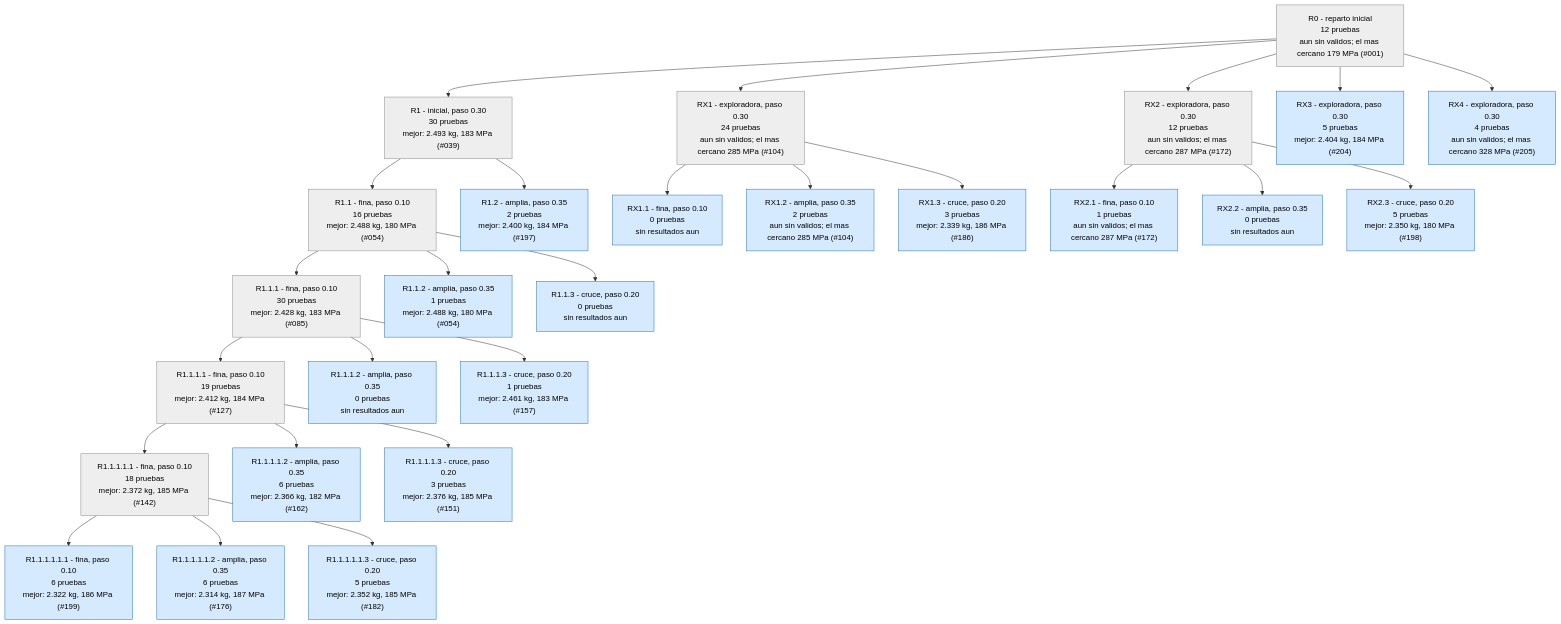
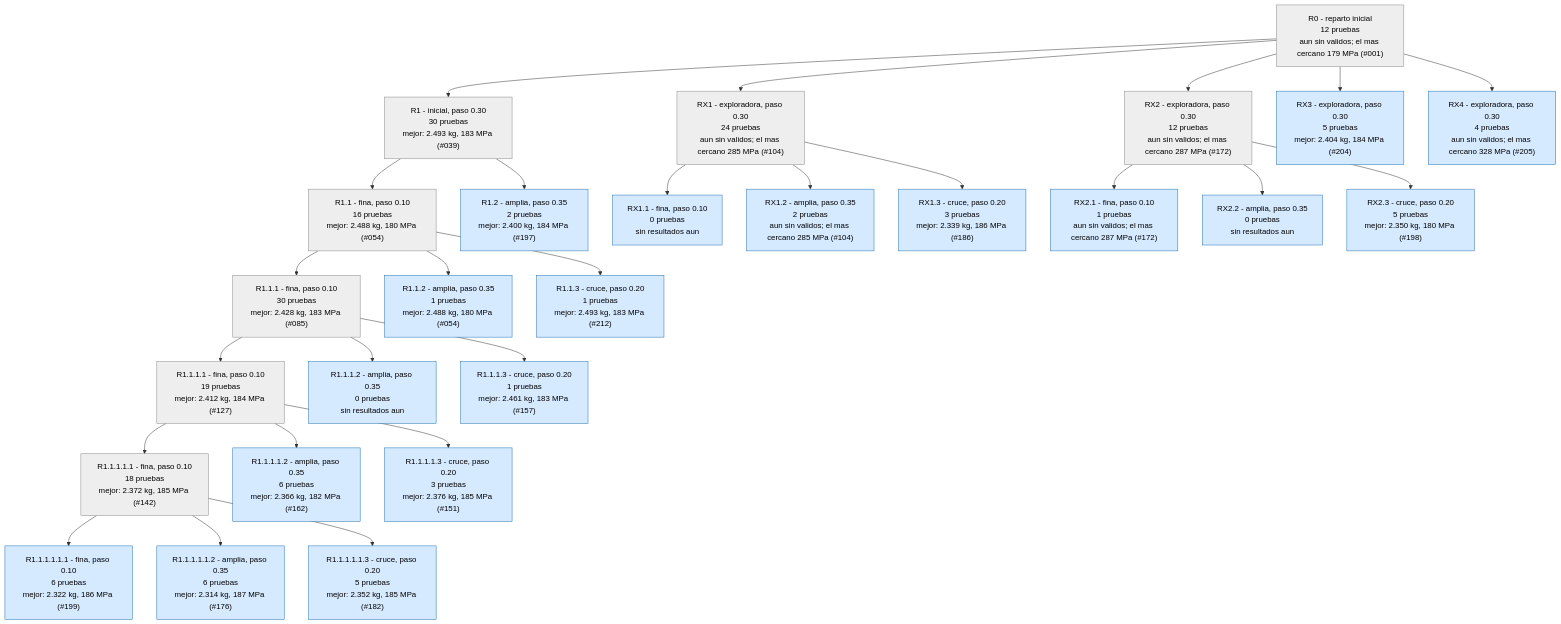
One commit to Hugiko/msd-soporte-optimizacion changed the second of 4 diagrams in runs/opt_37800N/ARBOL.md. Above: the diagram before and after it, drawn with Mermaid. The commit also changed 22 other files, not shown here.

````diff
--- a/runs/opt_37800N/ARBOL.md
+++ b/runs/opt_37800N/ARBOL.md
@@ -49,57 +49,57 @@
 ```mermaid
 graph TD
 classDef activa fill:#d6eaff,stroke:#1f6fb5,color:#000
 classDef fin fill:#eeeeee,stroke:#888,color:#000
 classDef mejor fill:#c8f0c0,stroke:#1a9850,stroke-width:4px,color:#000
 R0["R0 - reparto inicial<br/>12 pruebas<br/>aun sin validos; el mas cercano 179 MPa (#001)"]:::fin
 R1["R1 - inicial, paso 0.30<br/>30 pruebas<br/>mejor: 2.493 kg, 183 MPa (#039)"]:::fin
 R0 --> R1
 R1_1["R1.1 - fina, paso 0.10<br/>16 pruebas<br/>mejor: 2.488 kg, 180 MPa (#054)"]:::fin
 R1 --> R1_1
 R1_2["R1.2 - amplia, paso 0.35<br/>2 pruebas<br/>mejor: 2.400 kg, 184 MPa (#197)"]:::activa
 R1 --> R1_2
 R1_1_1["R1.1.1 - fina, paso 0.10<br/>30 pruebas<br/>mejor: 2.428 kg, 183 MPa (#085)"]:::fin
 R1_1 --> R1_1_1
 R1_1_2["R1.1.2 - amplia, paso 0.35<br/>1 pruebas<br/>mejor: 2.488 kg, 180 MPa (#054)"]:::activa
 R1_1 --> R1_1_2
-R1_1_3["R1.1.3 - cruce, paso 0.20<br/>0 pruebas<br/>sin resultados aun"]:::activa
+R1_1_3["R1.1.3 - cruce, paso 0.20<br/>1 pruebas<br/>mejor: 2.493 kg, 183 MPa (#212)"]:::activa
 R1_1 --> R1_1_3
 R1_1_1_1["R1.1.1.1 - fina, paso 0.10<br/>19 pruebas<br/>mejor: 2.412 kg, 184 MPa (#127)"]:::fin
 R1_1_1 --> R1_1_1_1
 R1_1_1_2["R1.1.1.2 - amplia, paso 0.35<br/>0 pruebas<br/>sin resultados aun"]:::activa
 R1_1_1 --> R1_1_1_2
 R1_1_1_3["R1.1.1.3 - cruce, paso 0.20<br/>1 pruebas<br/>mejor: 2.461 kg, 183 MPa (#157)"]:::activa
 R1_1_1 --> R1_1_1_3
 RX1["RX1 - exploradora, paso 0.30<br/>24 pruebas<br/>aun sin validos; el mas cercano 285 MPa (#104)"]:::fin
 R0 --> RX1
 RX1_1["RX1.1 - fina, paso 0.10<br/>0 pruebas<br/>sin resultados aun"]:::activa
 RX1 --> RX1_1
 RX1_2["RX1.2 - amplia, paso 0.35<br/>2 pruebas<br/>aun sin validos; el mas cercano 285 MPa (#104)"]:::activa
 RX1 --> RX1_2
 RX1_3["RX1.3 - cruce, paso 0.20<br/>3 pruebas<br/>mejor: 2.339 kg, 186 MPa (#186)"]:::activa
 RX1 --> RX1_3
 R1_1_1_1_1["R1.1.1.1.1 - fina, paso 0.10<br/>18 pruebas<br/>mejor: 2.372 kg, 185 MPa (#142)"]:::fin
 R1_1_1_1 --> R1_1_1_1_1
 R1_1_1_1_2["R1.1.1.1.2 - amplia, paso 0.35<br/>6 pruebas<br/>mejor: 2.366 kg, 182 MPa (#162)"]:::activa
 R1_1_1_1 --> R1_1_1_1_2
 R1_1_1_1_3["R1.1.1.1.3 - cruce, paso 0.20<br/>3 pruebas<br/>mejor: 2.376 kg, 185 MPa (#151)"]:::activa
 R1_1_1_1 --> R1_1_1_1_3
 R1_1_1_1_1_1["R1.1.1.1.1.1 - fina, paso 0.10<br/>6 pruebas<br/>mejor: 2.322 kg, 186 MPa (#199)"]:::activa
 R1_1_1_1_1 --> R1_1_1_1_1_1
 R1_1_1_1_1_2["R1.1.1.1.1.2 - amplia, paso 0.35<br/>6 pruebas<br/>mejor: 2.314 kg, 187 MPa (#176)"]:::activa
 R1_1_1_1_1 --> R1_1_1_1_1_2
 R1_1_1_1_1_3["R1.1.1.1.1.3 - cruce, paso 0.20<br/>5 pruebas<br/>mejor: 2.352 kg, 185 MPa (#182)"]:::activa
 R1_1_1_1_1 --> R1_1_1_1_1_3
 RX2["RX2 - exploradora, paso 0.30<br/>12 pruebas<br/>aun sin validos; el mas cercano 287 MPa (#172)"]:::fin
 R0 --> RX2
 RX2_1["RX2.1 - fina, paso 0.10<br/>1 pruebas<br/>aun sin validos; el mas cercano 287 MPa (#172)"]:::activa
 RX2 --> RX2_1
 RX2_2["RX2.2 - amplia, paso 0.35<br/>0 pruebas<br/>sin resultados aun"]:::activa
 RX2 --> RX2_2
 RX2_3["RX2.3 - cruce, paso 0.20<br/>5 pruebas<br/>mejor: 2.350 kg, 180 MPa (#198)"]:::activa
 RX2 --> RX2_3
 RX3["RX3 - exploradora, paso 0.30<br/>5 pruebas<br/>mejor: 2.404 kg, 184 MPa (#204)"]:::activa
 R0 --> RX3
 RX4["RX4 - exploradora, paso 0.30<br/>4 pruebas<br/>aun sin validos; el mas cercano 328 MPa (#205)"]:::activa
 R0 --> RX4
 ```
````
